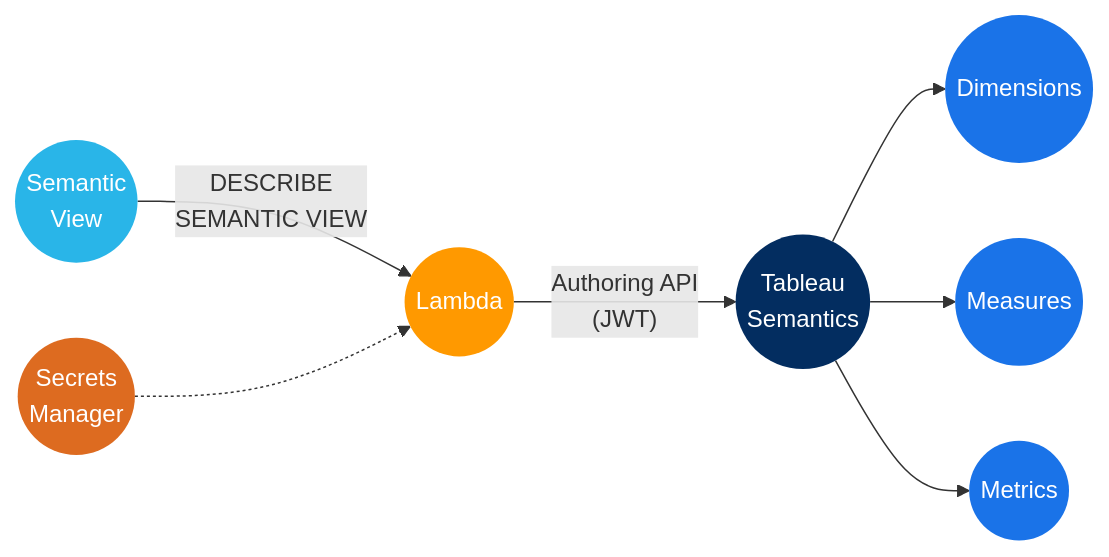
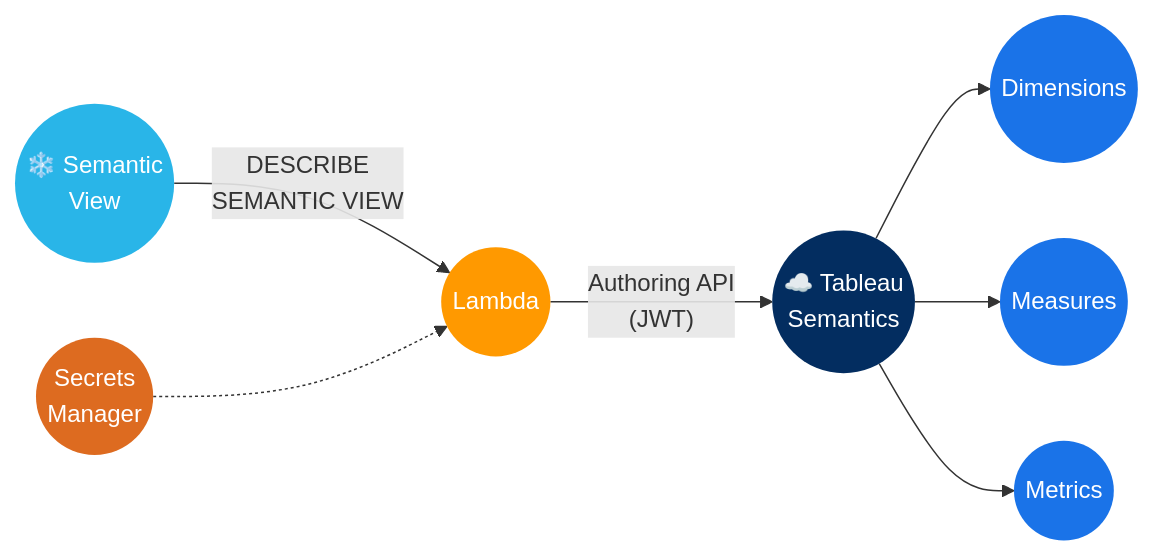
The first of 3 diagrams in README.md (RyutoYoda/snowflake-to-tableau-semantics), drawn with Mermaid before and after one commit. The commit also changed other lines of this file, not shown here.

Commit message:
Add back Snowflake and Salesforce brand emoji

````diff
--- a/README.md
+++ b/README.md
@@ -9,23 +9,23 @@
 ```mermaid
 flowchart LR
-    SV(("Semantic\nView"))
+    SV(("❄️ Semantic\nView"))
     Lambda(("Lambda"))
     Secrets(("Secrets\nManager"))
-    TS(("Tableau\nSemantics"))
+    TS(("☁️ Tableau\nSemantics"))
     DIM(("Dimensions"))
     MEA(("Measures"))
     MET(("Metrics"))
 
     SV -- "DESCRIBE\nSEMANTIC VIEW" --> Lambda
     Secrets -.-> Lambda
     Lambda -- "Authoring API\n(JWT)" --> TS
     TS --> DIM & MEA & MET
 
     style SV fill:#29B5E8,color:#fff,stroke:none
     style Lambda fill:#FF9900,color:#fff,stroke:none
     style Secrets fill:#dd6b20,color:#fff,stroke:none
     style TS fill:#032D60,color:#fff,stroke:none
     style DIM fill:#1a73e8,color:#fff,stroke:none
     style MEA fill:#1a73e8,color:#fff,stroke:none
     style MET fill:#1a73e8,color:#fff,stroke:none
 ```
````
